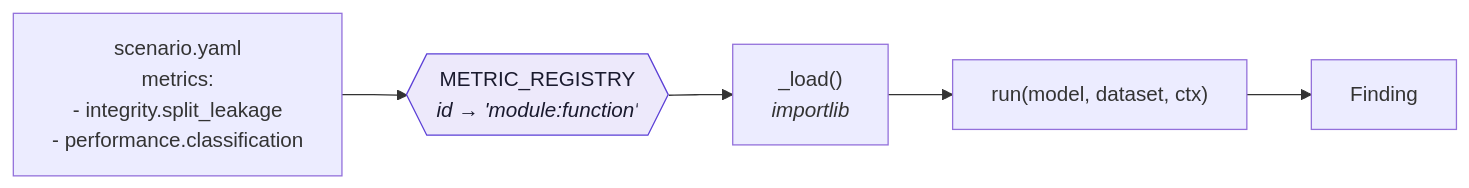
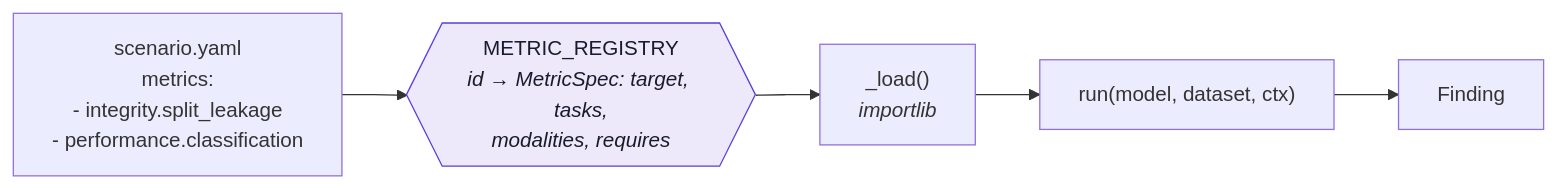
Before and after one commit to sabrinahartung/verifai-medical: the third of 3 diagrams in docs/architecture.md, drawn with Mermaid. The commit also changed other lines of this file and 19 other files, not shown here.

````diff
--- a/docs/architecture.md
+++ b/docs/architecture.md
@@ -119,10 +119,10 @@
 ```mermaid
 flowchart LR
     Y["scenario.yaml<br/>metrics:<br/>- integrity.split_leakage<br/>- performance.classification"]
-    REG{{"METRIC_REGISTRY<br/><i>id → 'module:function'</i>"}}
+    REG{{"METRIC_REGISTRY<br/><i>id → MetricSpec: target, tasks,<br/>modalities, requires</i>"}}
     L["_load()<br/><i>importlib</i>"]
     FN["run(model, dataset, ctx)"]
     Y --> REG --> L --> FN
     FN --> FIND["Finding"]
     style REG fill:#EDE9FB,stroke:#5B3FD6,color:#1a1a2e
 ```
````
